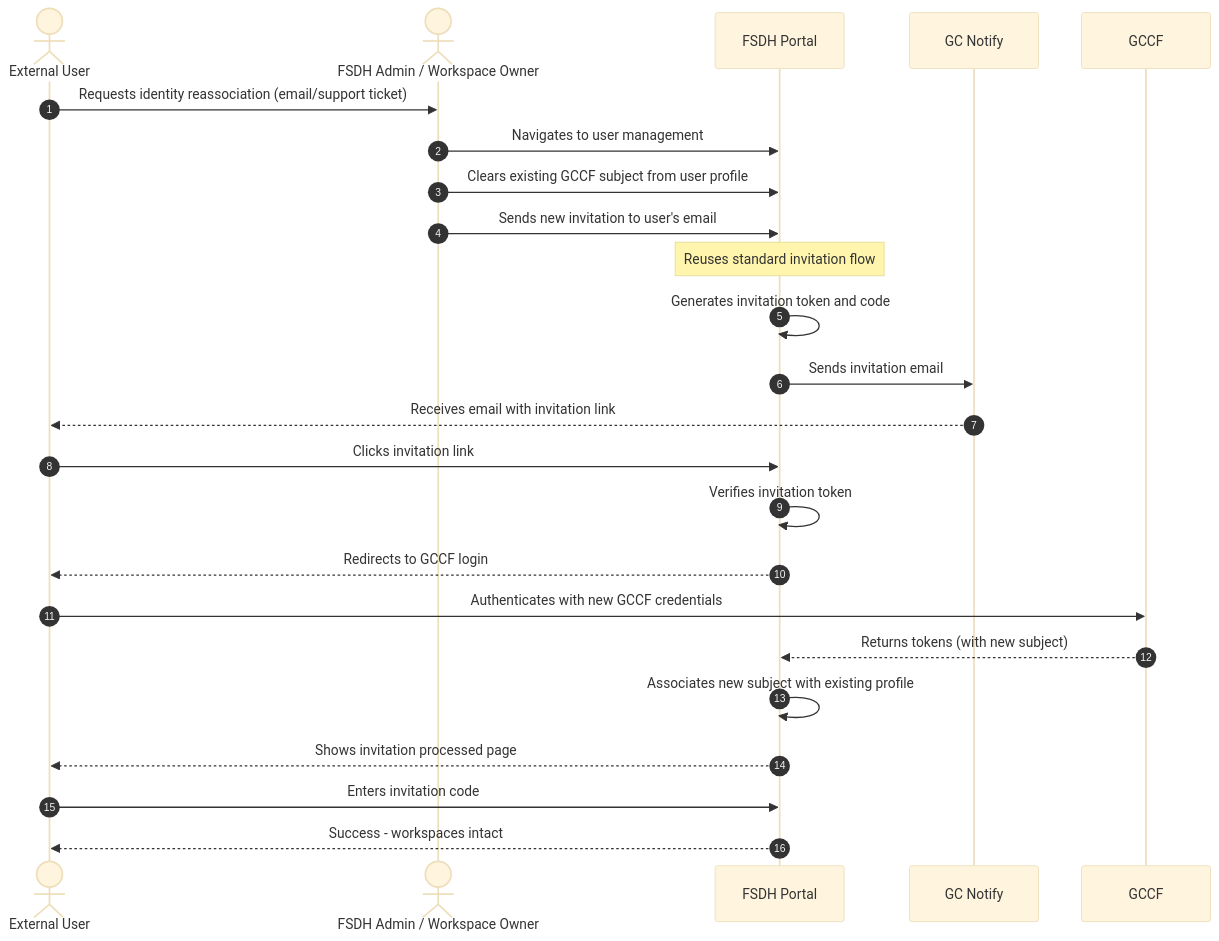
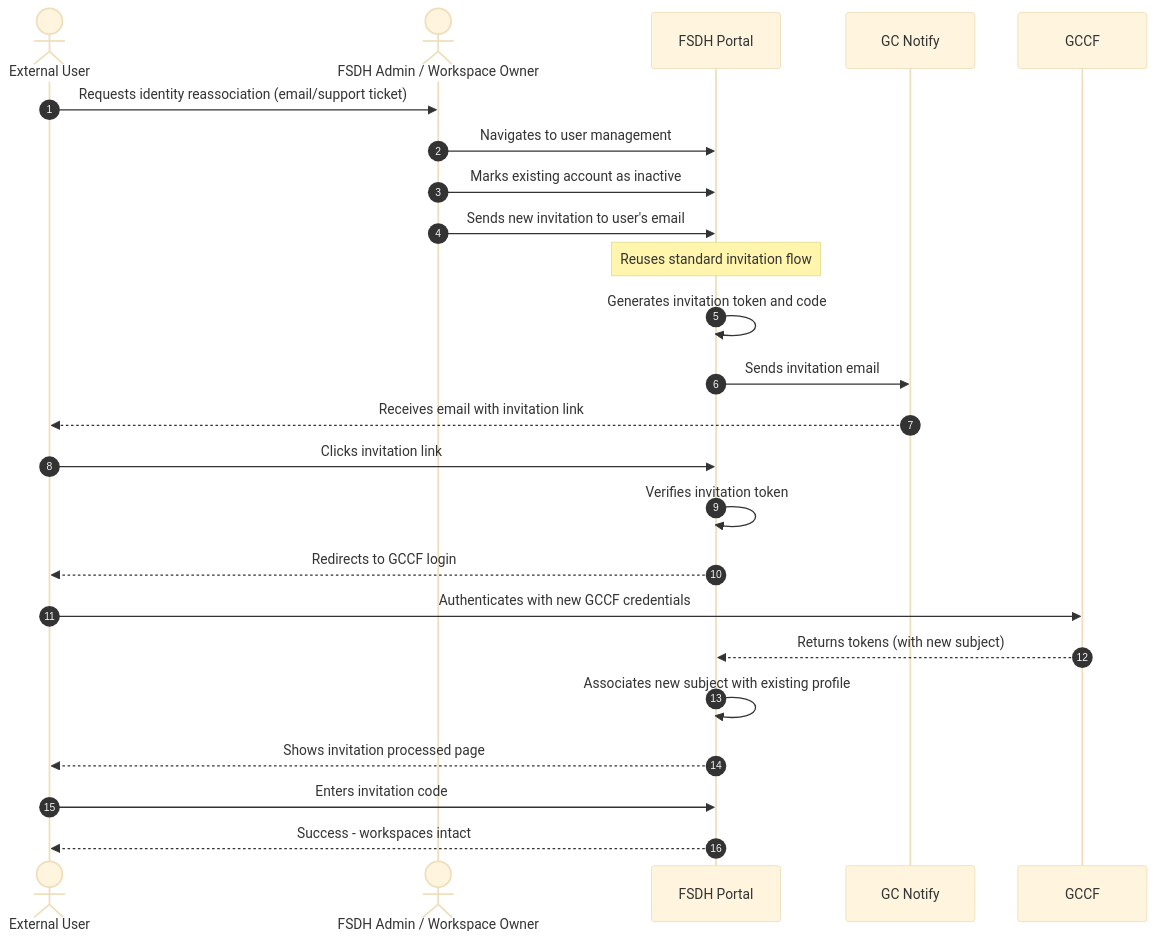
Before and after one commit to ssc-sp/datahub-docs: the tenth of 13 diagrams in DeveloperGuide/GCCF/oidc_flow.md, drawn with Mermaid (base theme). The commit also changed other lines of this file, not shown here.

Commit message:
updated flows

````diff
--- a/DeveloperGuide/GCCF/oidc_flow.md
+++ b/DeveloperGuide/GCCF/oidc_flow.md
@@ -277,27 +277,27 @@
 ```mermaid
 sequenceDiagram
     actor User as External User
     actor Admin as FSDH Admin / Workspace Owner
     participant FSDH as FSDH Portal
     participant Email as GC Notify
     participant GCCF as GCCF
 
     autonumber
     User->>Admin: Requests identity reassociation (email/support ticket)
     Admin->>FSDH: Navigates to user management
-    Admin->>FSDH: Clears existing GCCF subject from user profile
+    Admin->>FSDH: Marks existing account as inactive
     Admin->>FSDH: Sends new invitation to user's email
     Note over FSDH: Reuses standard invitation flow
     FSDH->>FSDH: Generates invitation token and code
     FSDH->>Email: Sends invitation email
     Email-->>User: Receives email with invitation link
     User->>FSDH: Clicks invitation link
     FSDH->>FSDH: Verifies invitation token
     FSDH-->>User: Redirects to GCCF login
     User->>GCCF: Authenticates with new GCCF credentials
     GCCF-->>FSDH: Returns tokens (with new subject)
     FSDH->>FSDH: Associates new subject with existing profile
     FSDH-->>User: Shows invitation processed page
     User->>FSDH: Enters invitation code
     FSDH-->>User: Success - workspaces intact
 ```
````
